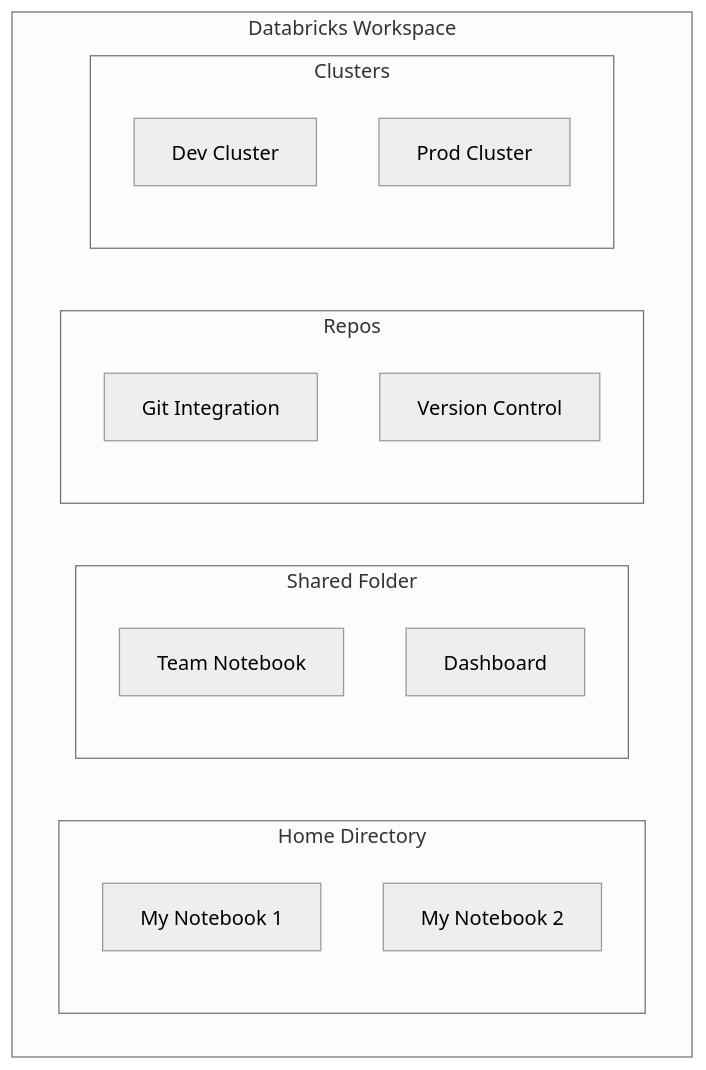
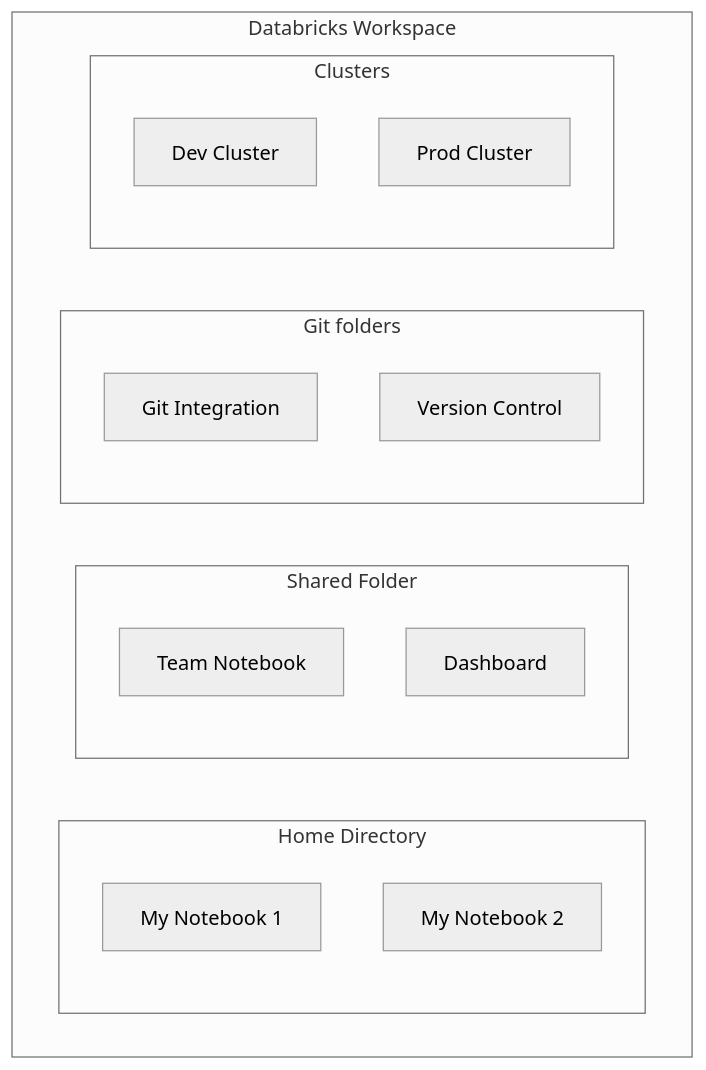
Before and after one commit to kengio/databricks-certification-study-guide: the diagram in certifications/data-engineer-associate/01-databricks-intelligence-platform/02-databricks-workspace.md, drawn with Mermaid (neutral theme). The commit also changed other lines of this file and 18 other files, not shown here.

````diff
--- a/certifications/data-engineer-associate/01-databricks-intelligence-platform/02-databricks-workspace.md
+++ b/certifications/data-engineer-associate/01-databricks-intelligence-platform/02-databricks-workspace.md
@@ -18,24 +32,24 @@
 ```mermaid
 flowchart TB
     subgraph Workspace["Databricks Workspace"]
         subgraph Home["Home Directory"]
             NB1["My Notebook 1"]
             NB2["My Notebook 2"]
         end
 
         subgraph Shared["Shared Folder"]
             NB3["Team Notebook"]
             NB4["Dashboard"]
         end
 
-        subgraph Repos["Repos"]
+        subgraph GitFolders["Git folders"]
             GIT["Git Integration"]
             VCS["Version Control"]
         end
 
         subgraph Clusters["Clusters"]
             C1["Dev Cluster"]
             C2["Prod Cluster"]
         end
     end
 ```
````
